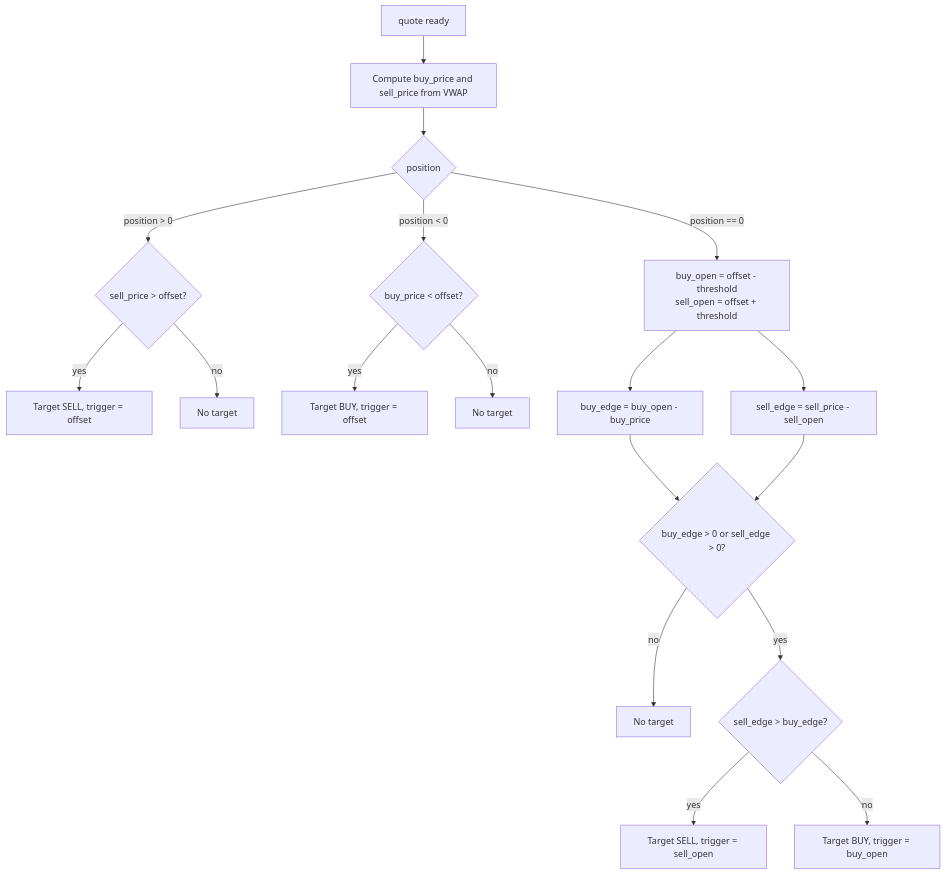
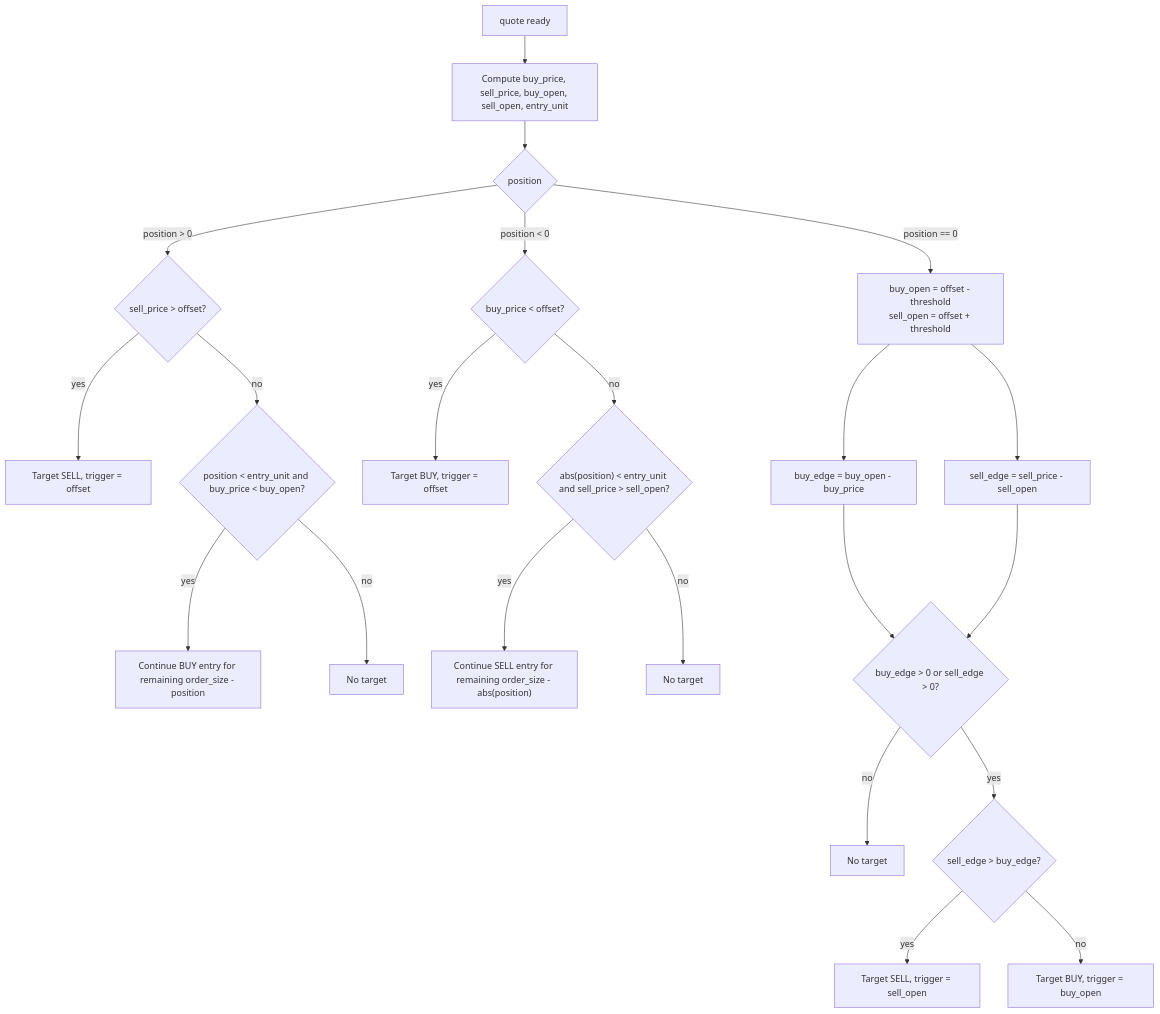
The second of 7 diagrams in src/vibe_bot/trades/flowchart.md (00ken00/vibe_bot), drawn with Mermaid before and after one commit. The commit also changed 1 other file, not shown here.

````diff
--- a/src/vibe_bot/trades/flowchart.md
+++ b/src/vibe_bot/trades/flowchart.md
@@ -40,23 +40,27 @@
 ```mermaid
 flowchart TD
-    START[quote ready] --> CALC[Compute buy_price and sell_price from VWAP]
+    START[quote ready] --> CALC["Compute buy_price, sell_price, buy_open, sell_open, entry_unit"]
     CALC --> POS{position}
 
     POS -- position > 0 --> LC{"sell_price > offset?"}
     LC -- yes --> CLOSE_LONG[Target SELL, trigger = offset]
-    LC -- no --> NONE1[No target]
+    LC -- no --> LPC{"position < entry_unit and buy_price < buy_open?"}
+    LPC -- yes --> COMPLETE_LONG["Continue BUY entry for remaining order_size - position"]
+    LPC -- no --> NONE1[No target]
 
     POS -- position < 0 --> SC{"buy_price < offset?"}
     SC -- yes --> CLOSE_SHORT[Target BUY, trigger = offset]
-    SC -- no --> NONE2[No target]
+    SC -- no --> SPC{"abs(position) < entry_unit and sell_price > sell_open?"}
+    SPC -- yes --> COMPLETE_SHORT["Continue SELL entry for remaining order_size - abs(position)"]
+    SPC -- no --> NONE2[No target]
 
     POS -- position == 0 --> ENTRY["buy_open = offset - threshold<br/>sell_open = offset + threshold"]
     ENTRY --> BE[buy_edge = buy_open - buy_price]
     ENTRY --> SE[sell_edge = sell_price - sell_open]
     BE --> EDGE{"buy_edge > 0 or sell_edge > 0?"}
     SE --> EDGE
     EDGE -- no --> NONE3[No target]
     EDGE -- yes --> COMP{"sell_edge > buy_edge?"}
     COMP -- yes --> OPEN_SHORT[Target SELL, trigger = sell_open]
     COMP -- no --> OPEN_LONG[Target BUY, trigger = buy_open]
 ```
````
